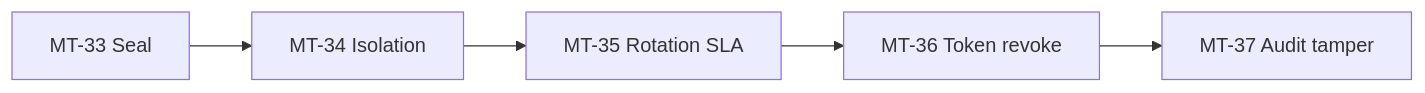
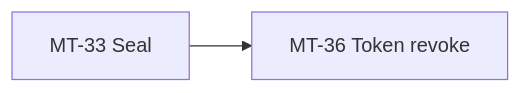
One commit to kubenexis/knxvault changed the second of 3 diagrams in docs/engineering/manual-testing-strategy.md. Above: the diagram before and after it, drawn with Mermaid. The commit also changed other lines of this file and 1 other file, not shown here.

````diff
--- a/docs/engineering/manual-testing-strategy.md
+++ b/docs/engineering/manual-testing-strategy.md
@@ -2366,10 +2003,7 @@
 ```mermaid
 flowchart LR
   mt33[MT-33 Seal]
-  mt34[MT-34 Isolation]
-  mt35[MT-35 Rotation SLA]
   mt36[MT-36 Token revoke]
-  mt37[MT-37 Audit tamper]
 
-  mt33 --> mt34 --> mt35 --> mt36 --> mt37
+  mt33 --> mt36
 ```
````
